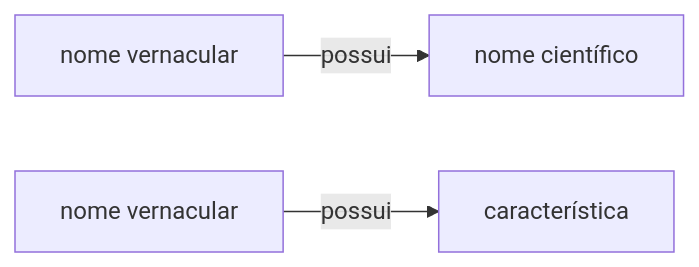
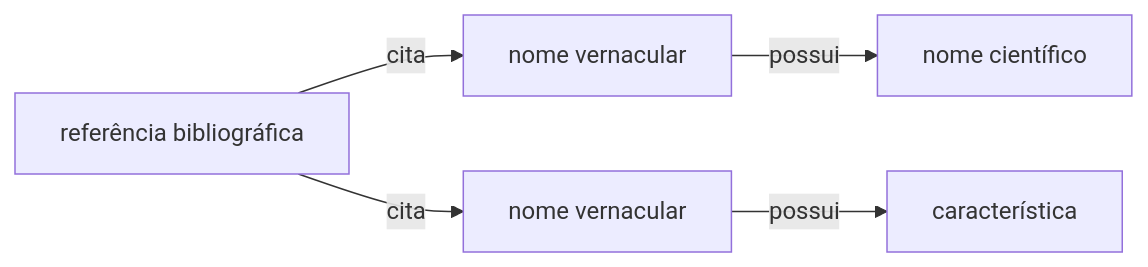
One commit to edalcin/Estrutura-de-Dados-Etnobotanicos changed the diagram in README.md. Above: the diagram before and after it, drawn with Mermaid.

Commit message:
Atualiz readme

````diff
--- a/README.md
+++ b/README.md
@@ -9,5 +9,7 @@
 ```mermaid
 flowchart LR
+    1[referência bibliográfica] --cita--> A
+    1 --cita--> C
     A[nome vernacular] -- possui --> B[nome científico]
     C[nome vernacular] -- possui --> D[característica]
 ```
````
